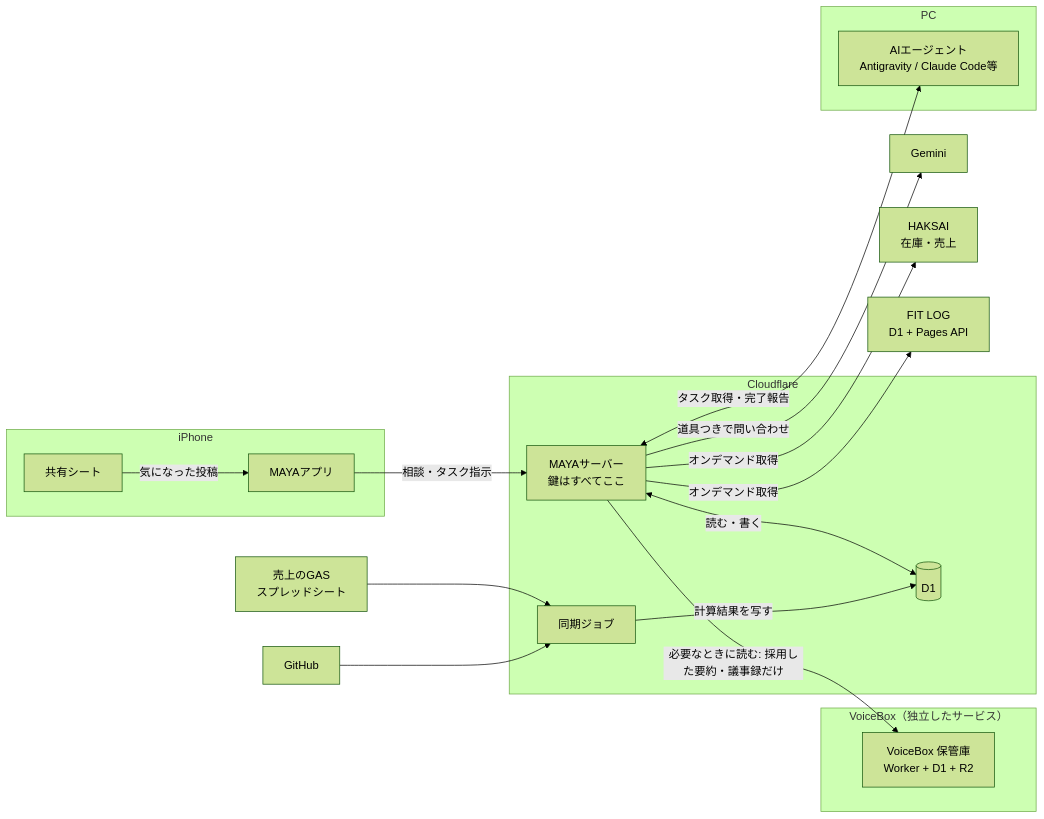
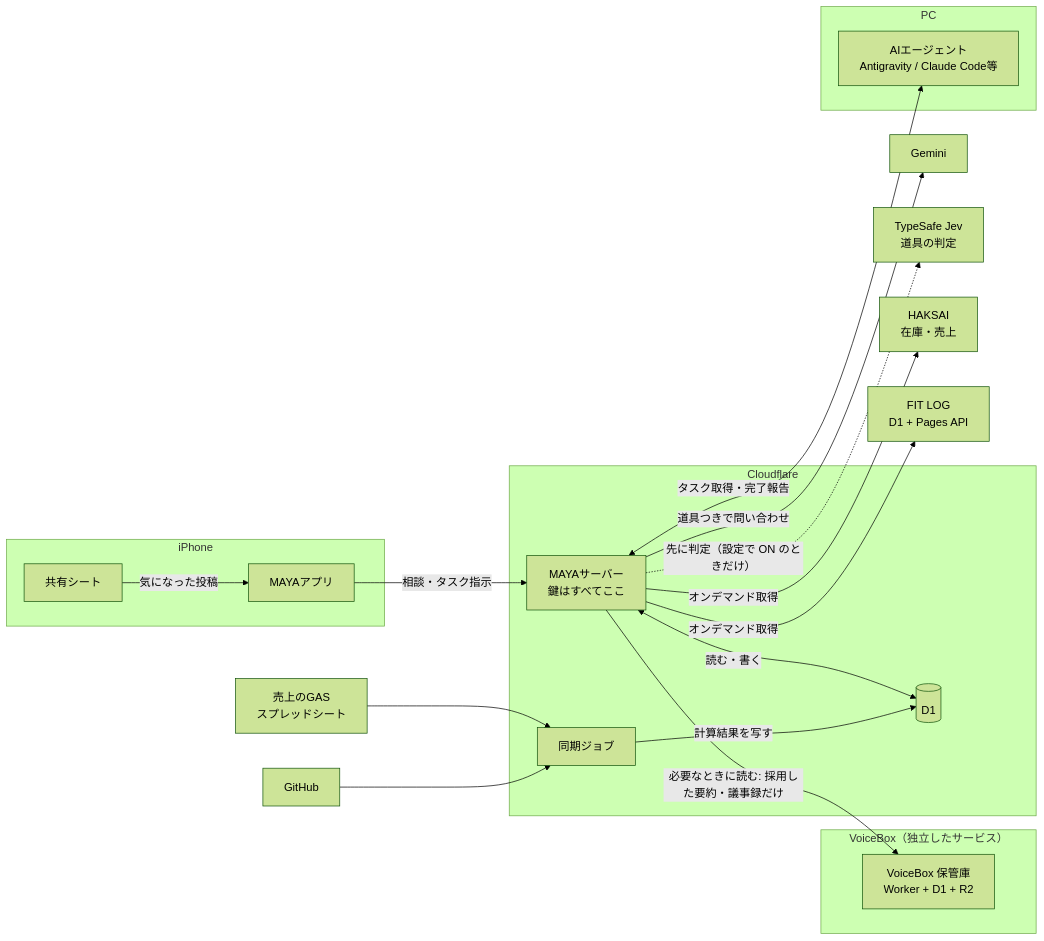
Before and after one commit to koji330-coder/maya-executive-partner: the first of 3 diagrams in docs/PLATFORM_ARCHITECTURE.md, drawn with Mermaid (forest theme). The commit also changed other lines of this file and 29 other files, not shown here.

````diff
--- a/docs/PLATFORM_ARCHITECTURE.md
+++ b/docs/PLATFORM_ARCHITECTURE.md
@@ -23,39 +23,41 @@
 ```mermaid
 flowchart LR
   subgraph iPhone
     App[MAYAアプリ]
     Share[共有シート]
   end
 
   subgraph VoiceBoxCloud[VoiceBox（独立したサービス）]
     VoiceBox[VoiceBox 保管庫<br/>Worker + D1 + R2]
   end
 
   subgraph Cloudflare
     Worker[MAYAサーバー<br/>鍵はすべてここ]
     D1[(D1)]
     Cron[同期ジョブ]
   end
 
   subgraph PC
     Agent[AIエージェント<br/>Antigravity / Claude Code等]
   end
 
   Gemini[Gemini]
+  Jev[TypeSafe Jev<br/>道具の判定]
   SalesGAS[売上のGAS<br/>スプレッドシート]
   GitHub[GitHub]
   HAKSAI[HAKSAI<br/>在庫・売上]
   FitLog[FIT LOG<br/>D1 + Pages API]
 
   App -->|相談・タスク指示| Worker
   Share -->|気になった投稿| App
   Worker -->|必要なときに読む: 採用した要約・議事録だけ| VoiceBox
   Worker -->|道具つきで問い合わせ| Gemini
+  Worker -.->|先に判定（設定で ON のときだけ）| Jev
   Worker <-->|読む・書く| D1
   Worker -->|オンデマンド取得| HAKSAI
   Worker -->|オンデマンド取得| FitLog
   Cron -->|計算結果を写す| D1
   SalesGAS --> Cron
   GitHub --> Cron
   Worker <-->|タスク取得・完了報告| Agent
 ```
````
